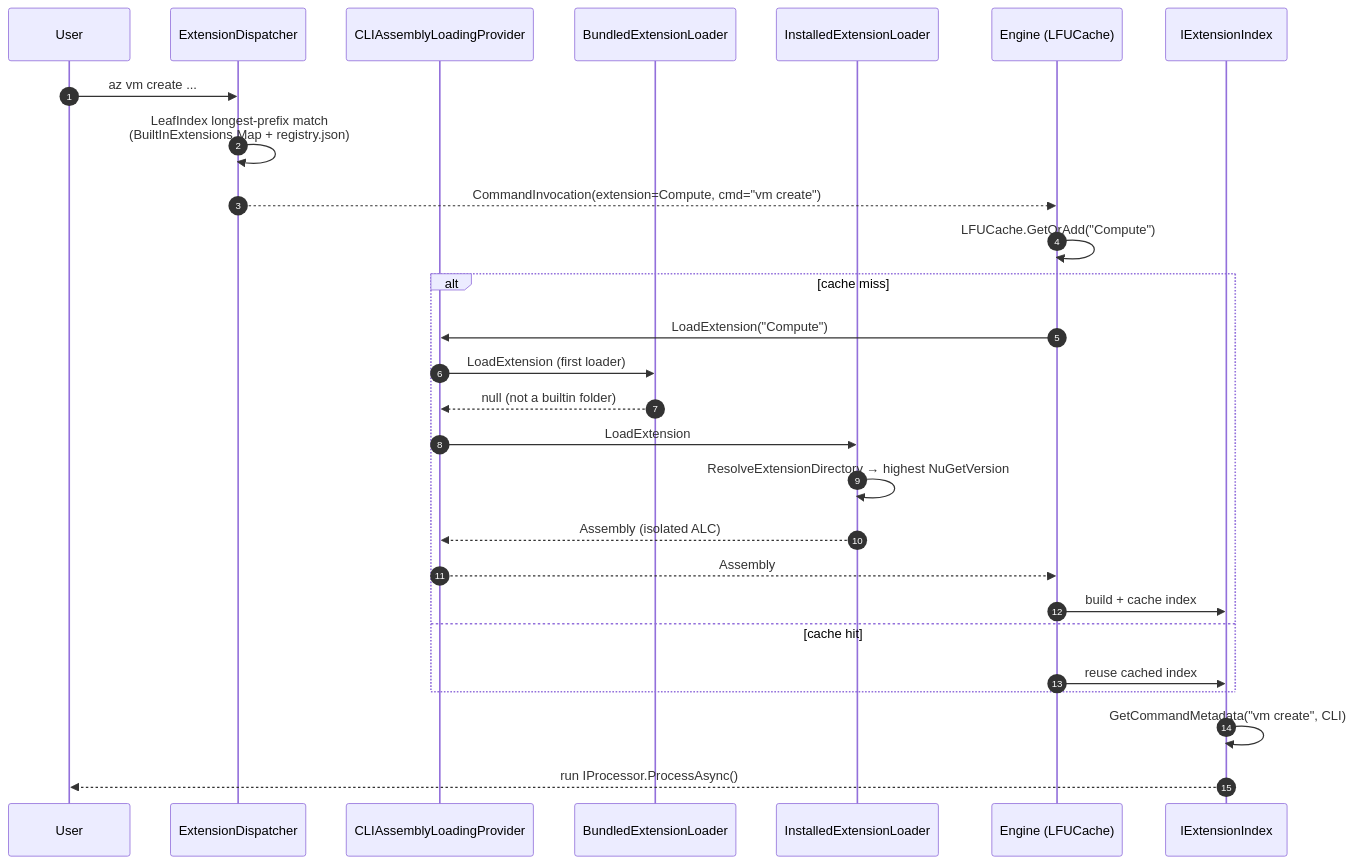
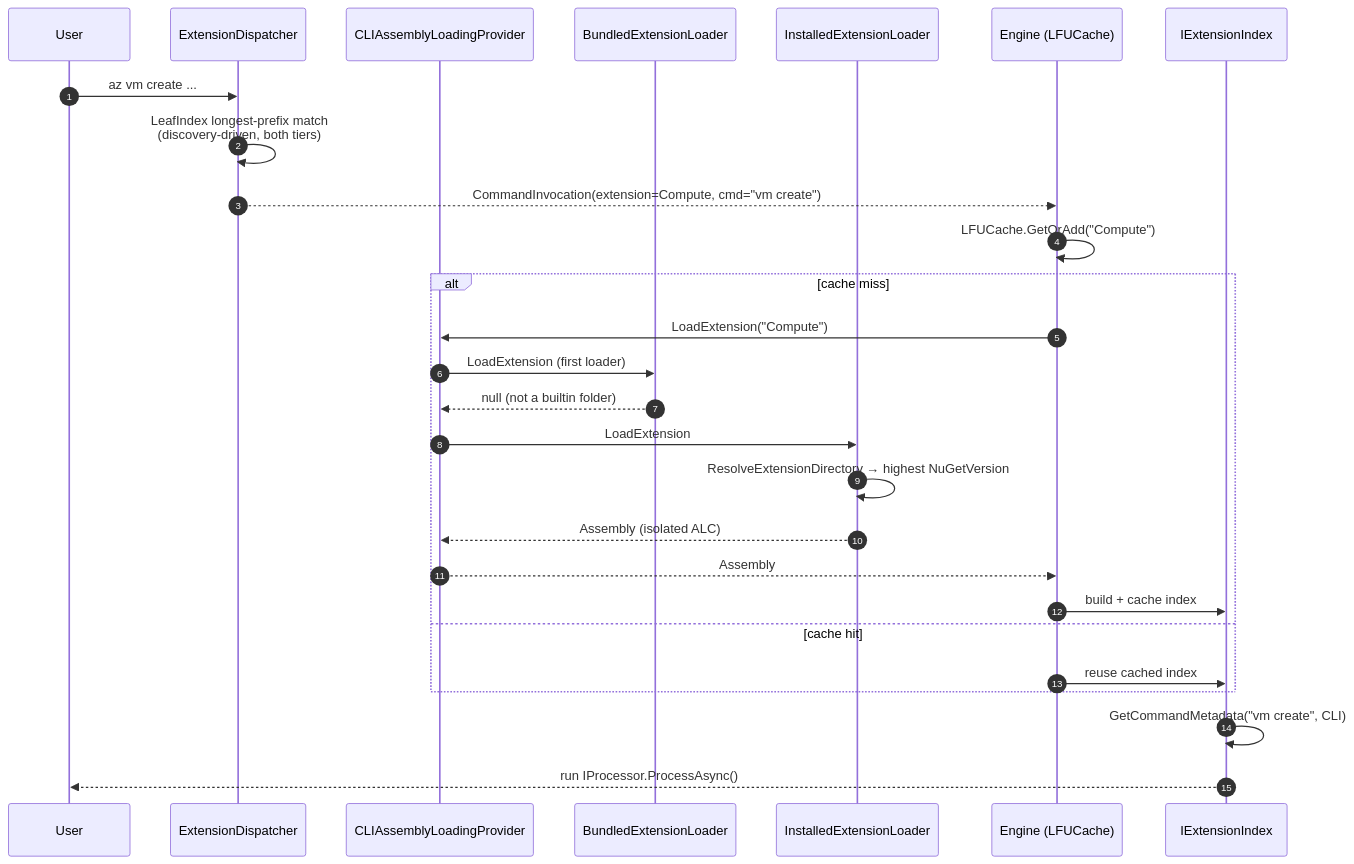
One commit to Azure/azclips changed the second of 3 diagrams in wiki/02-deep-dive/extension-system.md. Above: the diagram before and after it, drawn with Mermaid. The commit also changed other lines of this file and 6 other files, not shown here.

````diff
--- a/wiki/02-deep-dive/extension-system.md
+++ b/wiki/02-deep-dive/extension-system.md
@@ -190,30 +187,30 @@
 ```mermaid
 sequenceDiagram
     autonumber
     participant U as User
     participant D as ExtensionDispatcher
     participant P as CLIAssemblyLoadingProvider
     participant B as BundledExtensionLoader
     participant M as InstalledExtensionLoader
     participant E as Engine (LFUCache)
     participant I as IExtensionIndex
 
     U->>D: az vm create ...
-    D->>D: LeafIndex longest-prefix match<br>(BuiltInExtensions.Map + registry.json)
+    D->>D: LeafIndex longest-prefix match<br>(discovery-driven, both tiers)
     D-->>E: CommandInvocation(extension=Compute, cmd="vm create")
     E->>E: LFUCache.GetOrAdd("Compute")
     alt cache miss
         E->>P: LoadExtension("Compute")
         P->>B: LoadExtension (first loader)
         B-->>P: null (not a builtin folder)
         P->>M: LoadExtension
         M->>M: ResolveExtensionDirectory → highest NuGetVersion
         M-->>P: Assembly (isolated ALC)
         P-->>E: Assembly
         E->>I: build + cache index
     else cache hit
         E->>I: reuse cached index
     end
     I->>I: GetCommandMetadata("vm create", CLI)
     I-->>U: run IProcessor.ProcessAsync()
 ```
````
